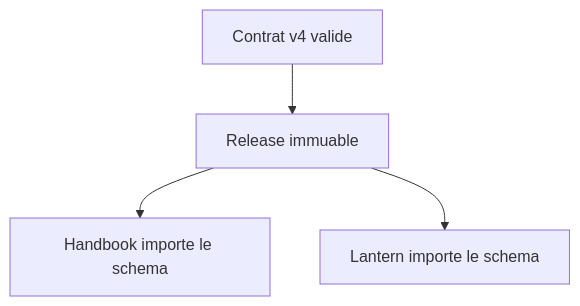
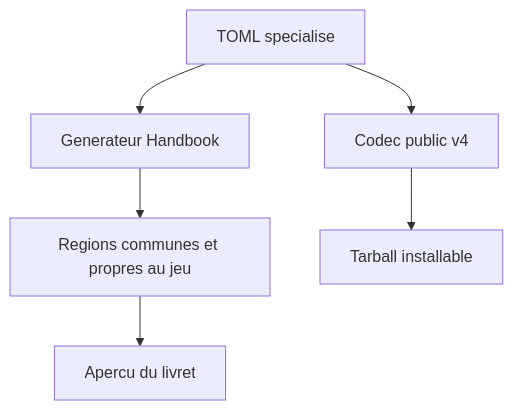
Before and after one commit to RebelliousSmile/schema-pbta: the first of 2 diagrams in aidd_docs/tasks/2026_09/2026_09_17_specialized_playbooks_all_games/phase-4.md, drawn with Mermaid. The commit also changed other lines of this file and 13 other files, not shown here.

````diff
--- a/aidd_docs/tasks/2026_09/2026_09_17_specialized_playbooks_all_games/phase-4.md
+++ b/aidd_docs/tasks/2026_09/2026_09_17_specialized_playbooks_all_games/phase-4.md
@@ -19,6 +22,8 @@
 ```mermaid
 flowchart TD
-  A[Contrat v4 valide] --> B[Release immuable]
-  B --> C[Handbook importe le schema]
-  B --> D[Lantern importe le schema]
+  A[TOML specialise] --> B[Generateur Handbook]
+  B --> C[Regions communes et propres au jeu]
+  C --> D[Apercu du livret]
+  A --> E[Codec public v4]
+  E --> F[Tarball installable]
 ```
````
